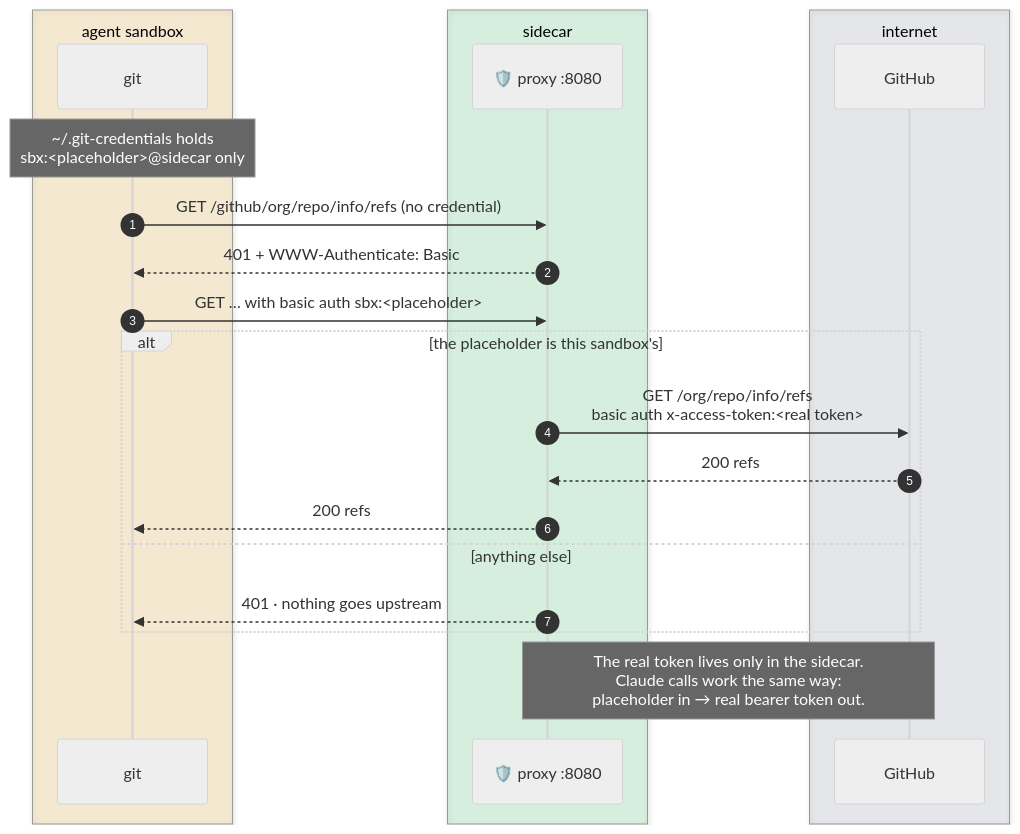
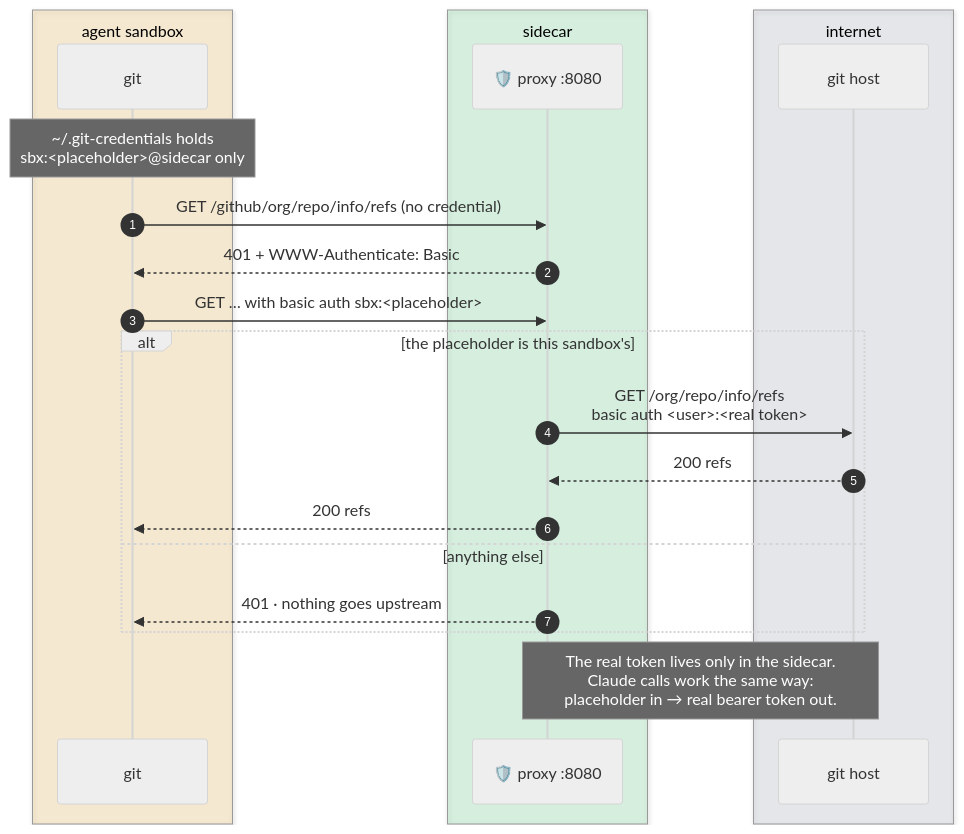
One commit to Tresky/agent-sbx changed the second of 6 diagrams in docs/architecture.md. Above: the diagram before and after it, drawn with Mermaid (neutral theme). The commit also changed other lines of this file and 11 other files, not shown here.

First line of the commit message:
Let an agent sandbox push to GitLab with a free-tier token

````diff
--- a/docs/architecture.md
+++ b/docs/architecture.md
@@ -156,25 +156,25 @@
 ```mermaid
 sequenceDiagram
     autonumber
     box rgba(245,158,11,0.15) agent sandbox
         participant git as git
     end
     box rgba(34,197,94,0.15) sidecar
         participant p as 🛡️ proxy :8080
     end
     box rgba(100,116,139,0.12) internet
-        participant gh as GitHub
+        participant gh as git host
     end
     Note over git: ~/.git-credentials holds<br/>sbx:<placeholder>@sidecar only
     git->>p: GET /github/org/repo/info/refs (no credential)
     p-->>git: 401 + WWW-Authenticate: Basic
     git->>p: GET … with basic auth sbx:<placeholder>
     alt the placeholder is this sandbox's
-        p->>gh: GET /org/repo/info/refs<br/>basic auth x-access-token:<real token>
+        p->>gh: GET /org/repo/info/refs<br/>basic auth <user>:<real token>
         gh-->>p: 200 refs
         p-->>git: 200 refs
     else anything else
         p-->>git: 401 · nothing goes upstream
     end
     Note over p,gh: The real token lives only in the sidecar.<br/>Claude calls work the same way:<br/>placeholder in → real bearer token out.
 ```
````
